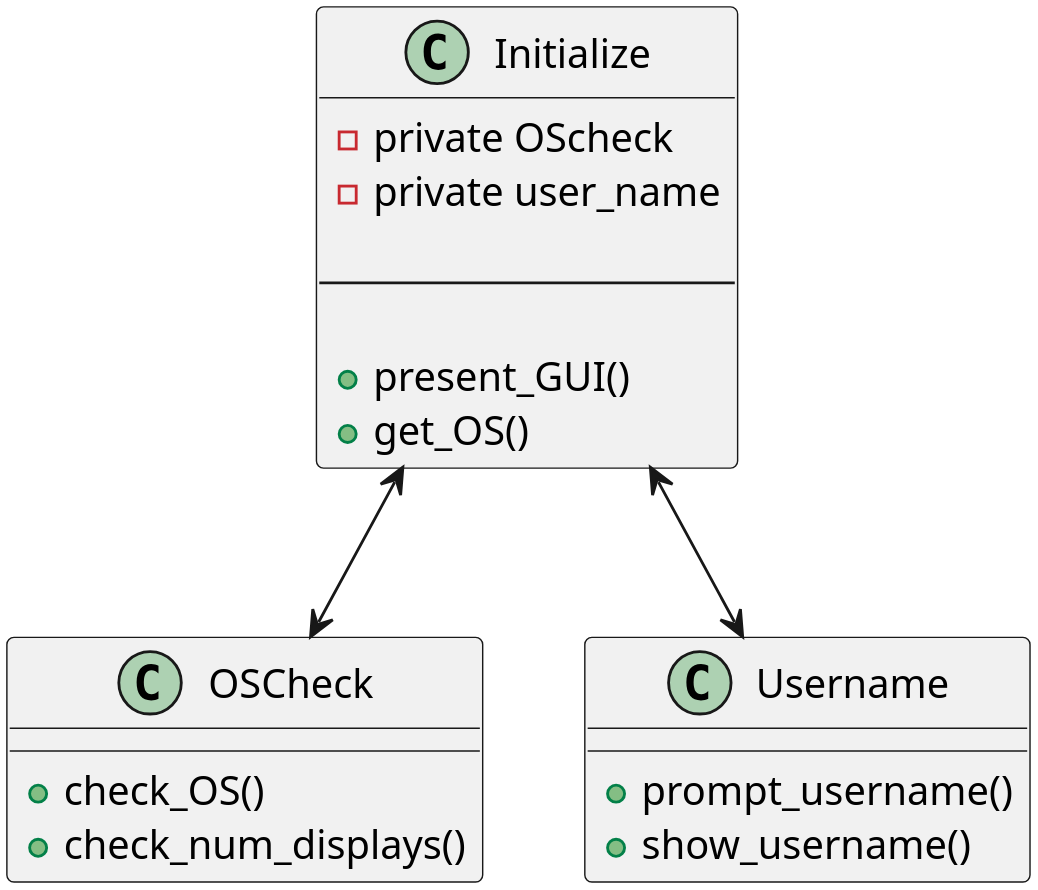
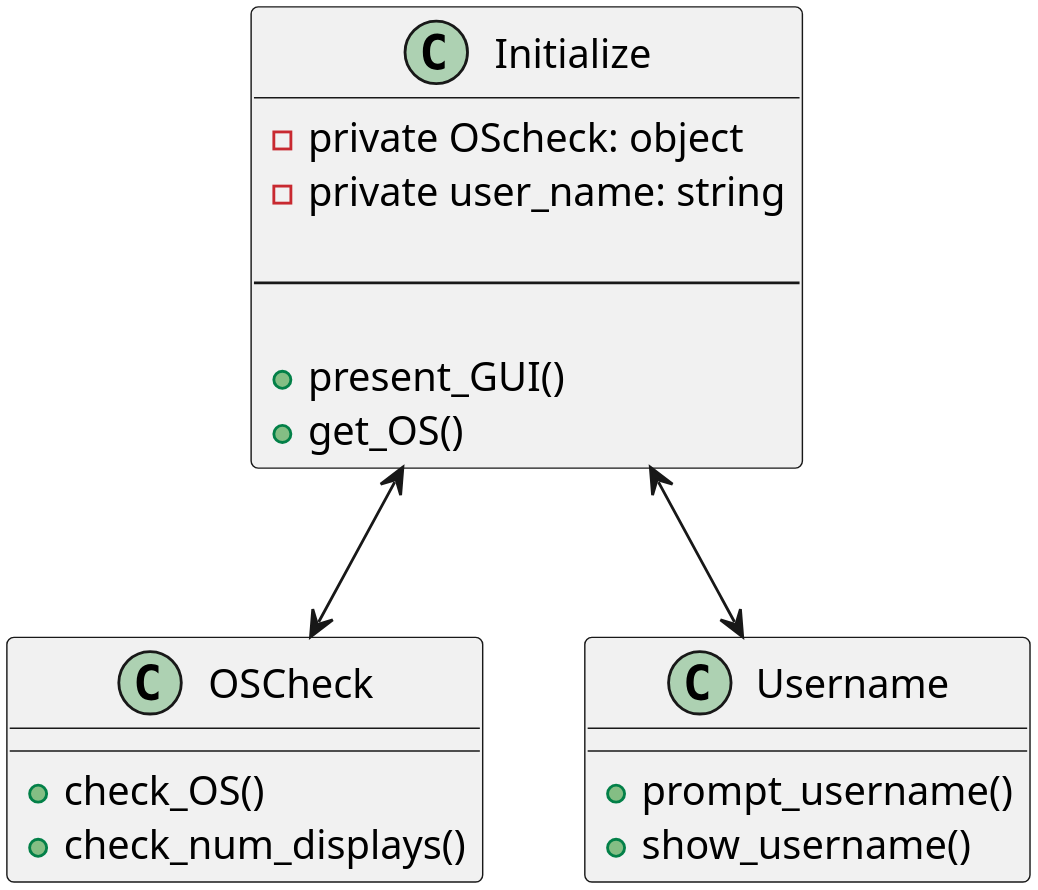
One commit to djhunter67/Softeare-Engineering-Rubiks-Cube changed the first of 5 diagrams in rubiks_des.org. Above: the diagram before and after it, drawn with PlantUML. The commit also changed other lines of this file and 5 other files, not shown here.

```diff
--- a/rubiks_des.org
+++ b/rubiks_des.org
@@ -32,28 +32,28 @@
 #+BEGIN_SRC plantuml :file startup_design.png
 
          scale 600
 
    class Initialize {
-      -private OScheck 
-      -private user_name
+      -private OScheck: object 
+      -private user_name: string
 
       --
     
       +present_GUI()
       +get_OS()
       }
 
     class OSCheck {
   +check_OS()
   +check_num_displays()
   }
 
     class Username {
     +prompt_username()
     +show_username()
   }
 
         Initialize <--> OSCheck
         Initialize <--> Username
 
 #+END_SRC
```
